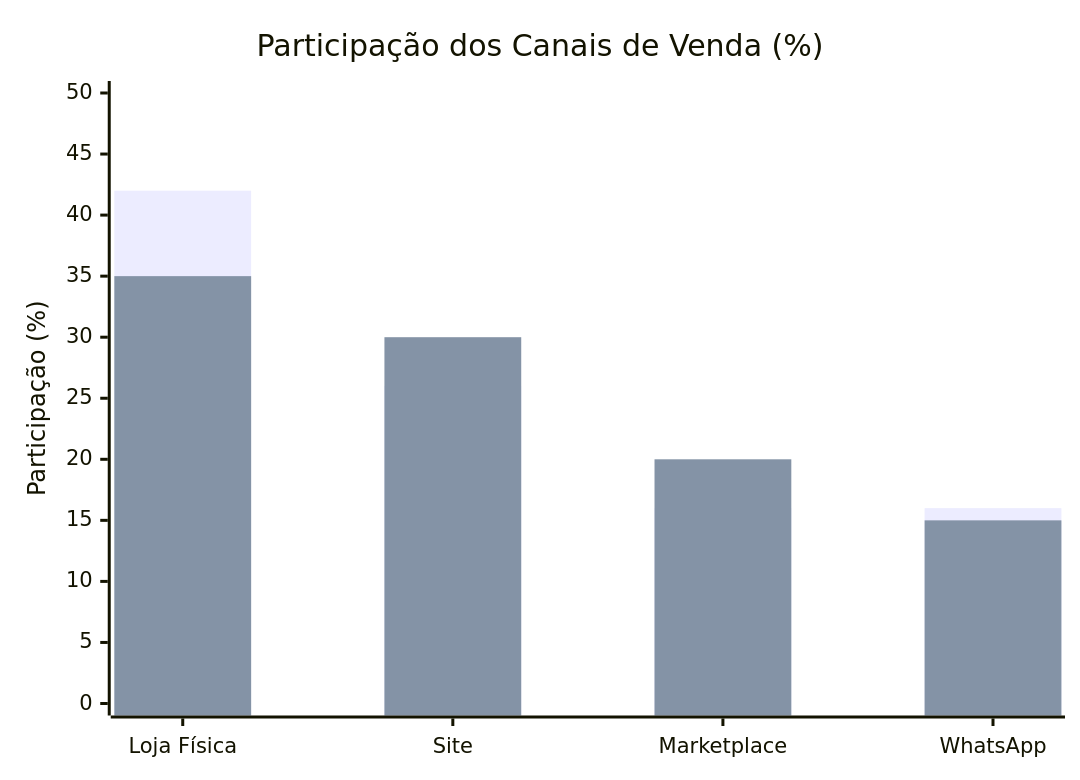
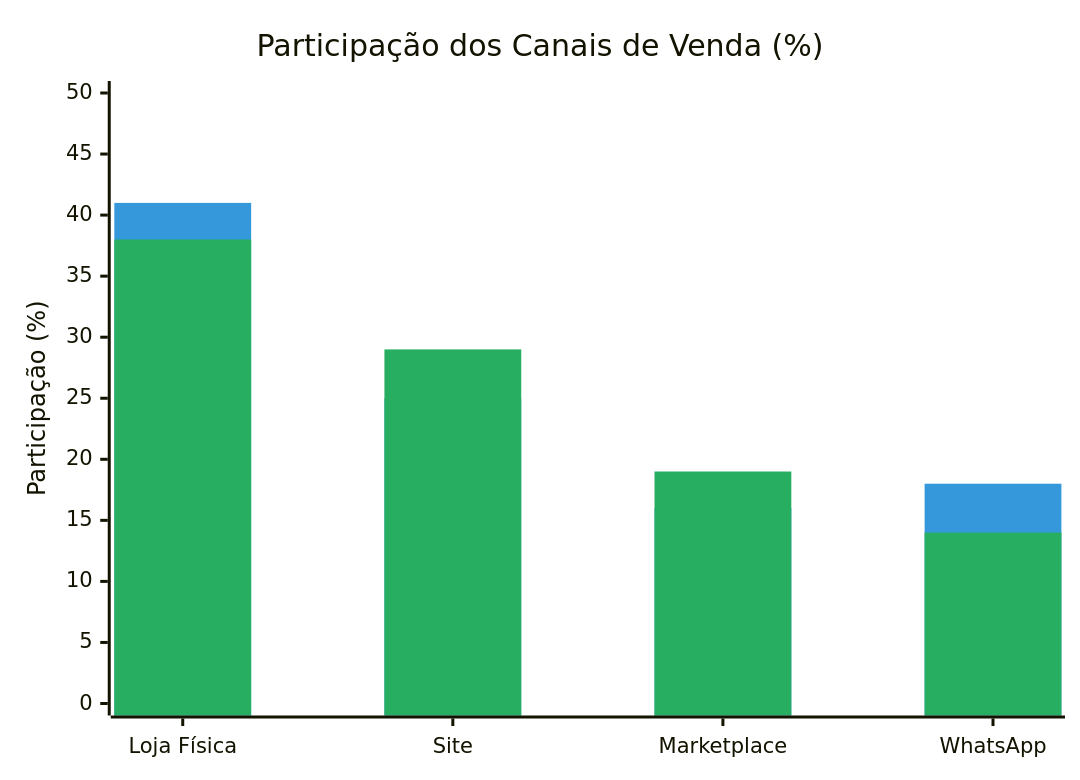
The sixth of 12 diagrams in docs/analises.md (Igor-Scalzer010/Sales-Analytics), drawn with Mermaid before and after one commit. The commit also changed other lines of this file, not shown here.

````diff
--- a/docs/analises.md
+++ b/docs/analises.md
@@ -229,8 +165,9 @@
 ```mermaid
+%%{init: {"themeVariables": {"xyChart": {"plotColorPalette": "#3498db,#27ae60"}}}}%%
 xychart-beta
     title "Participação dos Canais de Venda (%)"
     x-axis ["Loja Física", "Site", "Marketplace", "WhatsApp"]
     y-axis "Participação (%)" 0 --> 50
-    bar [42, 26, 16, 16]
-    bar [35, 30, 20, 15]
+    bar [41, 25, 16, 18]
+    bar [38, 29, 19, 14]
 ```
````
